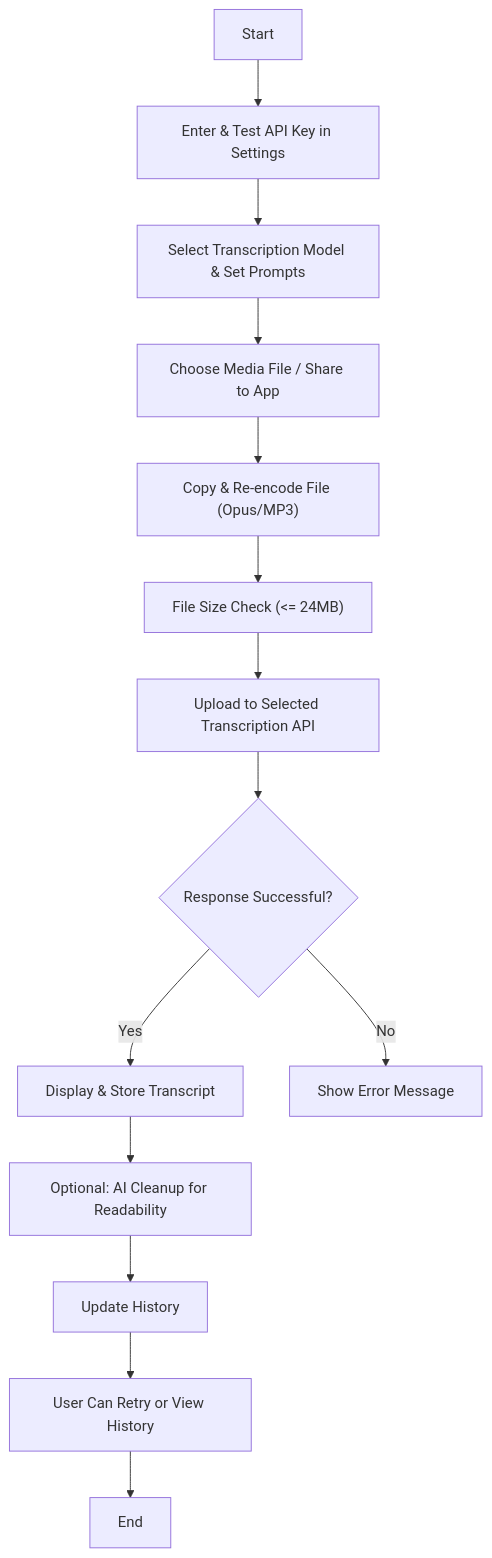
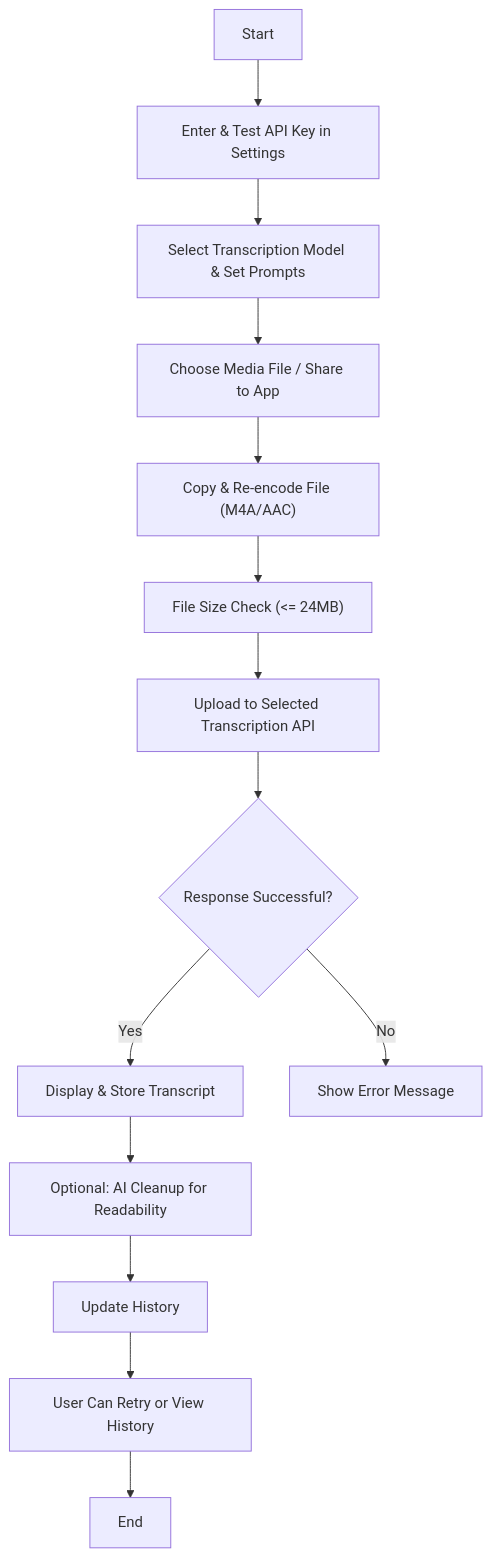
The diagram in README.md (dhcgn/AIAudioTranscription), drawn with Mermaid before and after one commit. The commit also changed other lines of this file and 4 other files, not shown here.

````diff
--- a/README.md
+++ b/README.md
@@ -70,16 +68,16 @@
 ```mermaid
 graph TD
     A[Start] --> B[Enter & Test API Key in Settings]
     B --> C[Select Transcription Model & Set Prompts]
     C --> D[Choose Media File / Share to App]
-    D --> E["Copy & Re-encode File (Opus/MP3)"]
+    D --> E["Copy & Re-encode File (M4A/AAC)"]
     E --> F["File Size Check (<= 24MB)"]
     F --> G[Upload to Selected Transcription API]
     G --> H{Response Successful?}
     H -- Yes --> I[Display & Store Transcript]
     I --> J[Optional: AI Cleanup for Readability]
     J --> K[Update History]
     H -- No --> L[Show Error Message]
     K --> M[User Can Retry or View History]
     M --> N[End]
 ```
````
